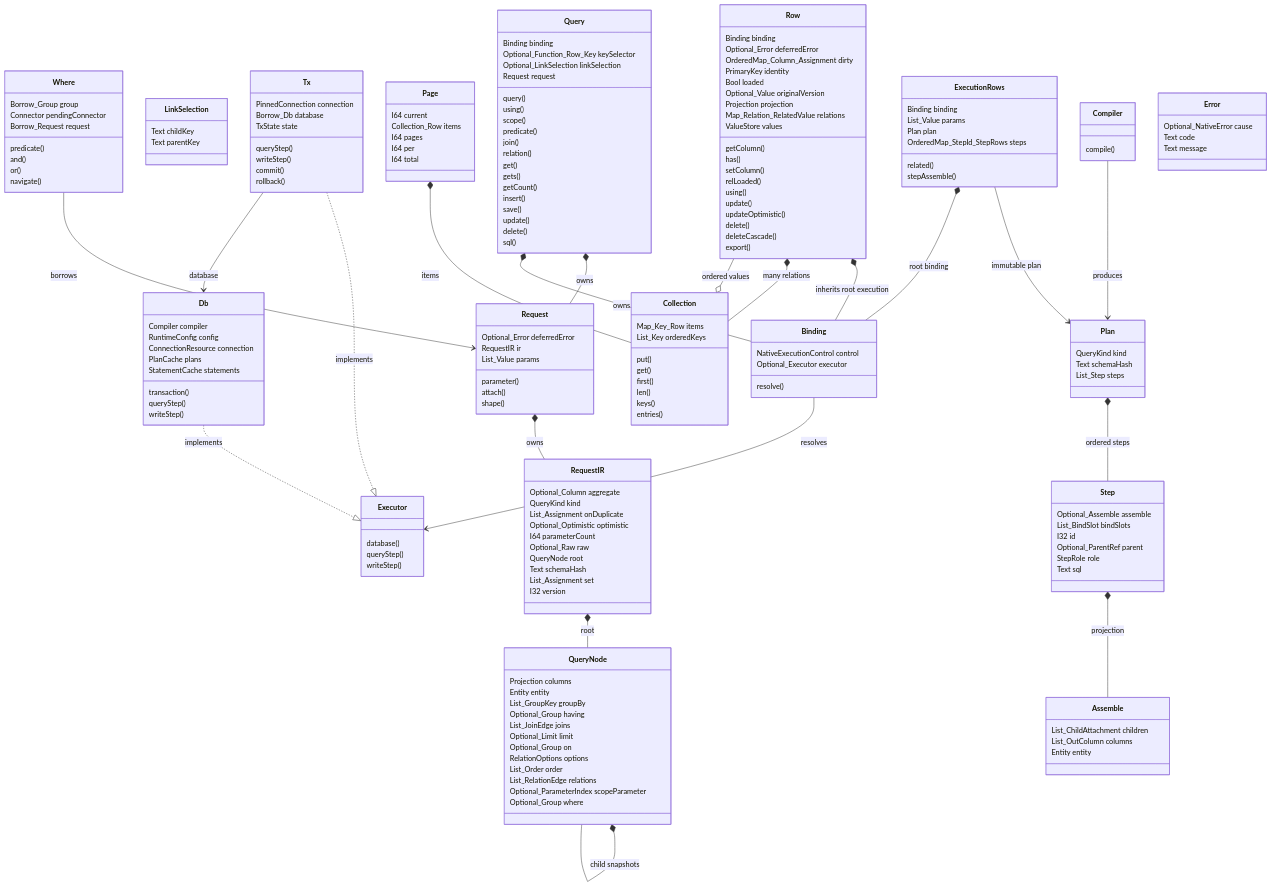
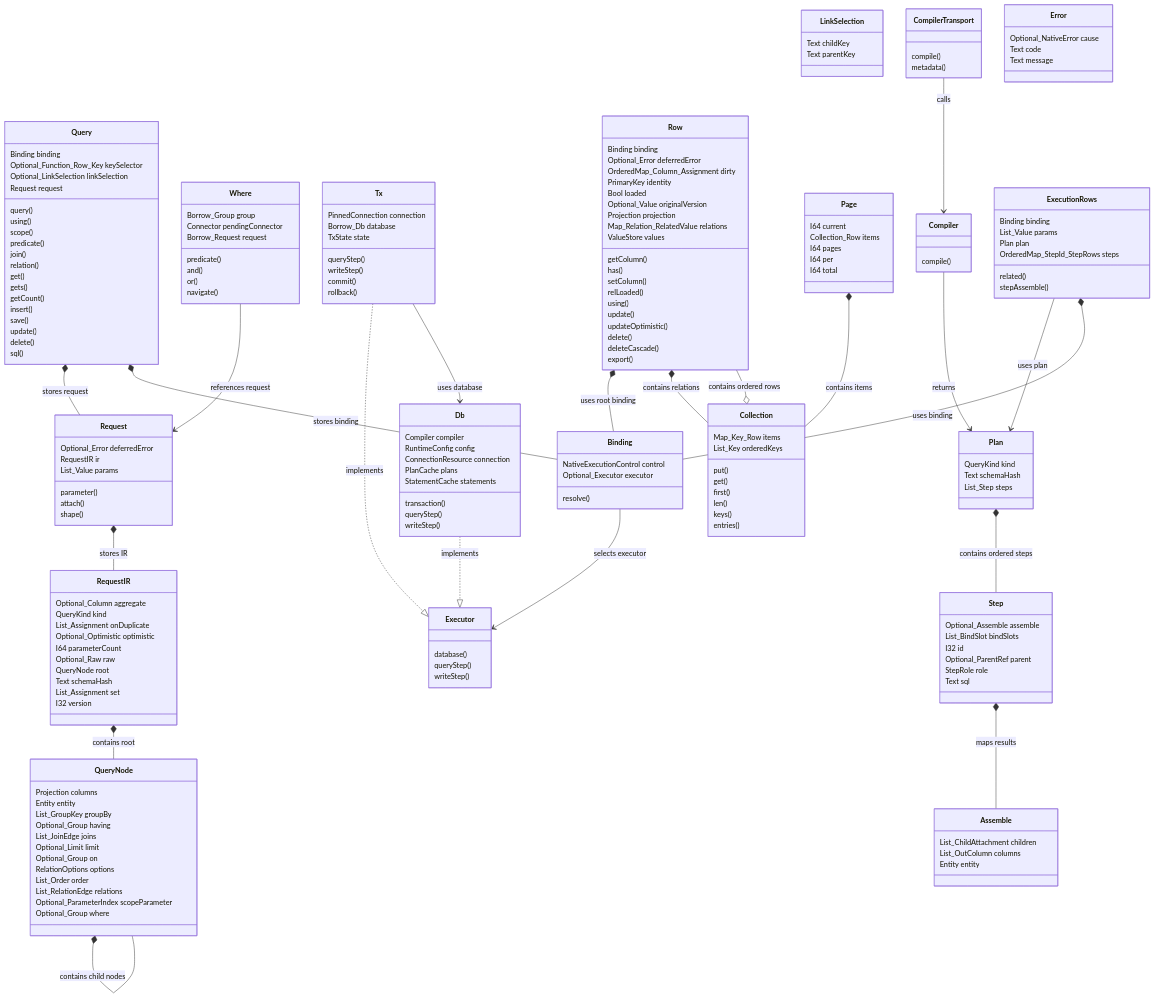
The diagram in docs/interfaces-model.ko.md (polyspec/orm), drawn with Mermaid before and after one commit. The commit also changed other lines of this file and 87 other files, not shown here.

Commit message:
feat: add common Connect compiler transport

````diff
--- a/docs/interfaces-model.ko.md
+++ b/docs/interfaces-model.ko.md
@@ -141,6 +141,10 @@
     class Compiler {
         compile()
     }
+    class CompilerTransport {
+        compile()
+        metadata()
+    }
     class Plan {
         QueryKind kind
         Text schemaHash
@@ -172,23 +176,24 @@
         Text code
         Text message
     }
-    Query *-- Request : owns
-    Query *-- Binding : owns
-    Where --> Request : borrows
-    Request *-- RequestIR : owns
-    RequestIR *-- QueryNode : root
-    QueryNode *-- QueryNode : child snapshots
-    Binding --> Executor : resolves
+    Query *-- Request : stores request
+    Query *-- Binding : stores binding
+    Where --> Request : references request
+    Request *-- RequestIR : stores IR
+    RequestIR *-- QueryNode : contains root
+    QueryNode *-- QueryNode : contains child nodes
+    Binding --> Executor : selects executor
     Db ..|> Executor : implements
     Tx ..|> Executor : implements
-    Tx --> Db : database
-    Row *-- Binding : inherits root execution
-    Row *-- Collection : many relations
-    Collection o-- Row : ordered values
-    Page *-- Collection : items
-    Compiler --> Plan : produces
-    Plan *-- Step : ordered steps
-    Step *-- Assemble : projection
-    ExecutionRows --> Plan : immutable plan
-    ExecutionRows *-- Binding : root binding
+    Tx --> Db : uses database
+    Row *-- Binding : uses root binding
+    Row *-- Collection : contains relations
+    Collection o-- Row : contains ordered rows
+    Page *-- Collection : contains items
+    Compiler --> Plan : returns
+    Plan *-- Step : contains ordered steps
+    Step *-- Assemble : maps results
+    ExecutionRows --> Plan : uses plan
+    ExecutionRows *-- Binding : uses binding
+    CompilerTransport --> Compiler : calls
 ```
````
